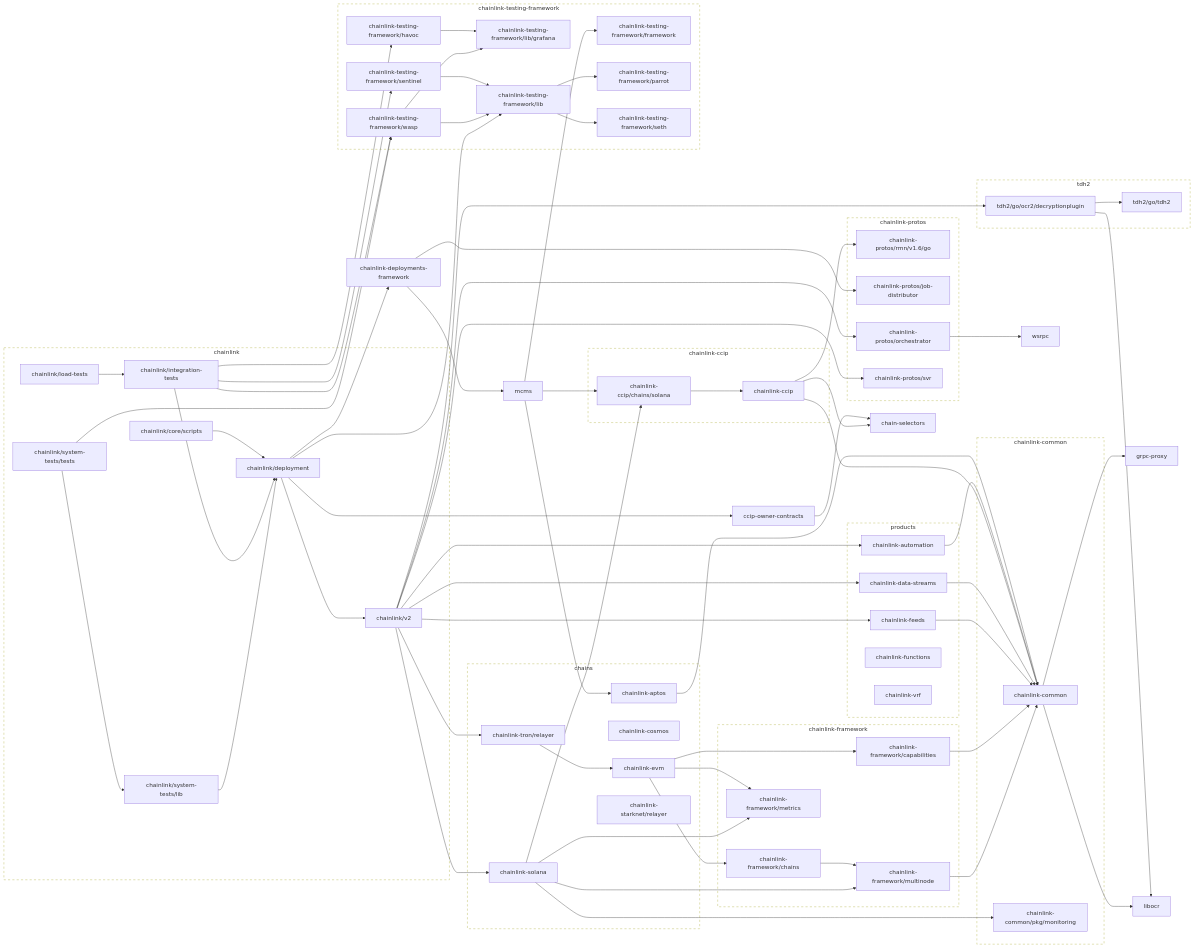
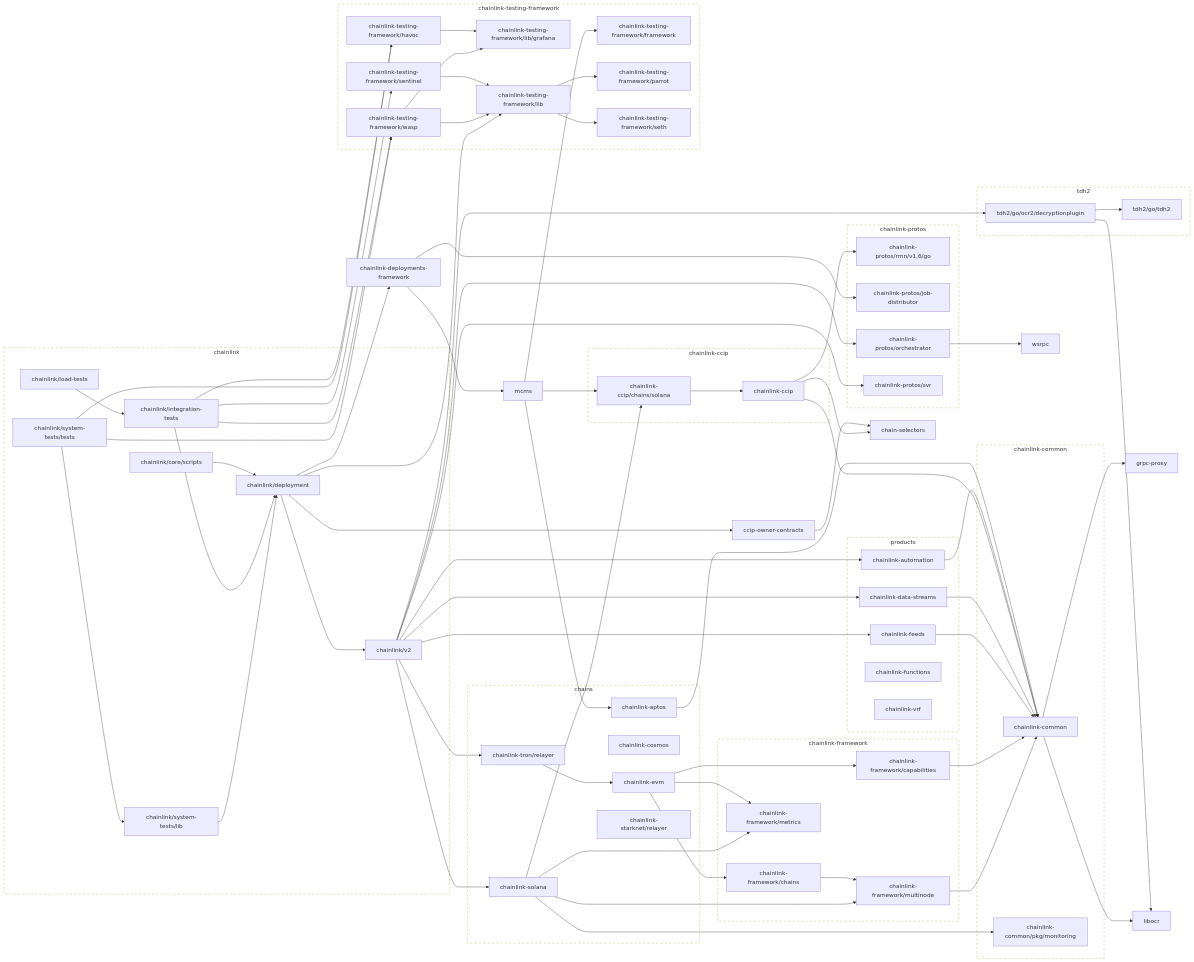
One commit to JohnDaWalka/chainlink changed the second of 2 diagrams in go.md. Above: the diagram before and after it, drawn with Mermaid. The commit also changed 6 other files, not shown here.

```diff
--- a/go.md
+++ b/go.md
@@ -233,6 +233,7 @@
 	click chainlink/load-tests href "https://github.com/smartcontractkit/chainlink"
 	chainlink/system-tests/lib --> chainlink/deployment
 	click chainlink/system-tests/lib href "https://github.com/smartcontractkit/chainlink"
+	chainlink/system-tests/tests --> chainlink-testing-framework/havoc
 	chainlink/system-tests/tests --> chainlink-testing-framework/wasp
 	chainlink/system-tests/tests --> chainlink/system-tests/lib
 	click chainlink/system-tests/tests href "https://github.com/smartcontractkit/chainlink"
```
